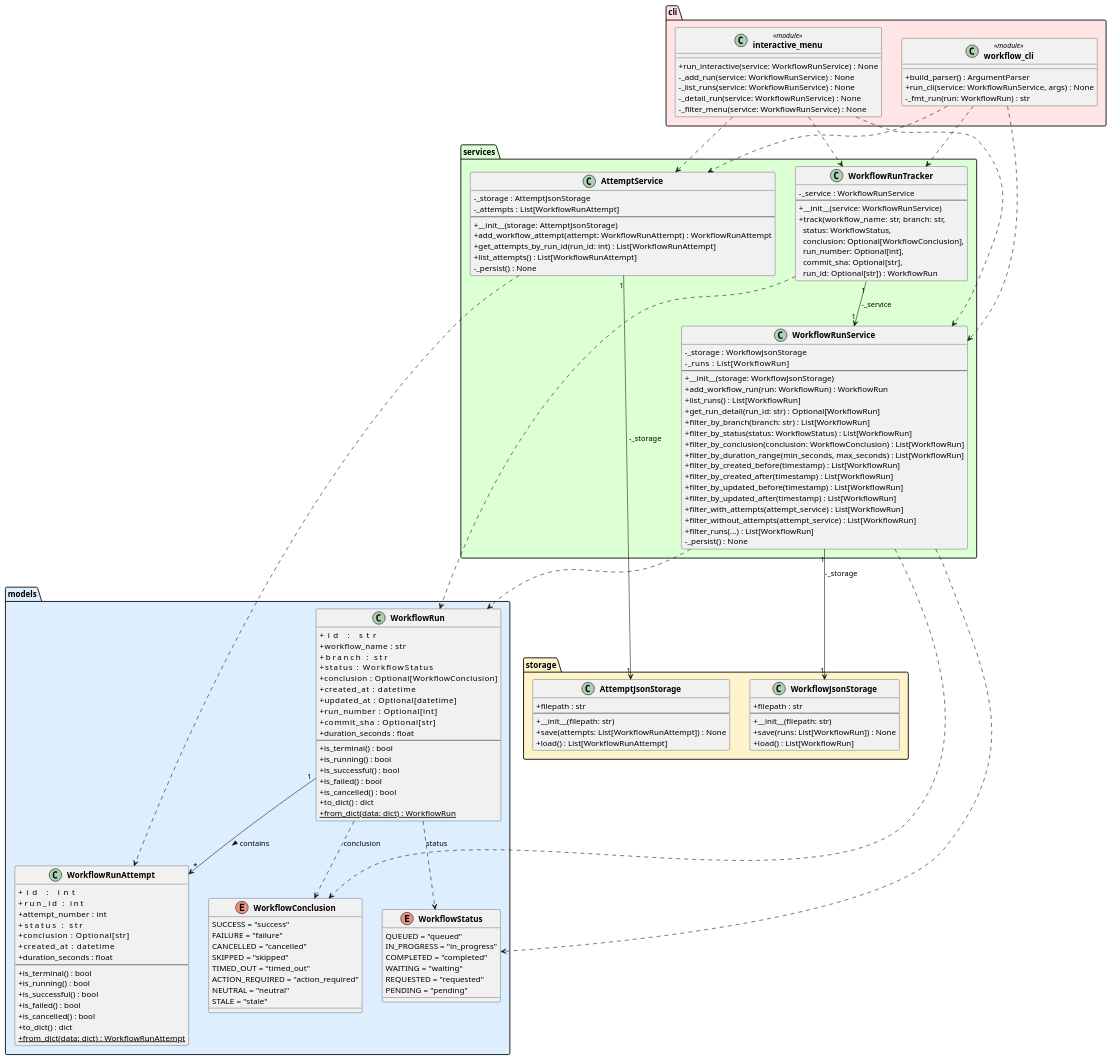
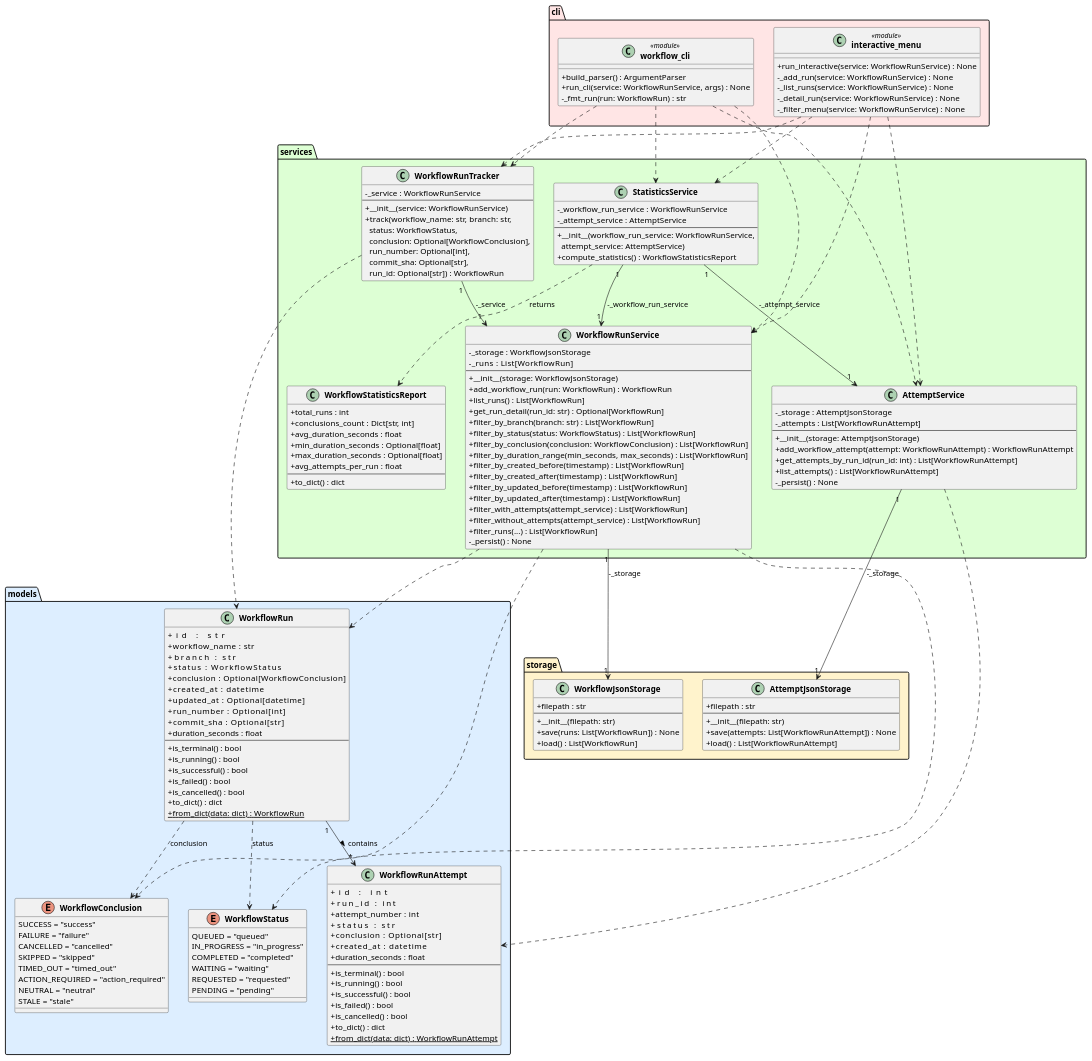
The diagram in experiments/broadcast/structured_text/github-workflow-manager/artifacts/class_diagram.puml (DanielRiha8906/Software_autoevolution_using_agents), drawn with PlantUML before and after one commit. The commit also changed 9 other files, not shown here.

```diff
--- a/experiments/broadcast/structured_text/github-workflow-manager/artifacts/class_diagram.puml
+++ b/experiments/broadcast/structured_text/github-workflow-manager/artifacts/class_diagram.puml
@@ -1,161 +1,185 @@
 @startuml class_diagram
 
 skinparam classAttributeIconSize 0
 skinparam classFontStyle bold
 
 package "models" #DDEEFF {
     enum WorkflowStatus {
         QUEUED = "queued"
         IN_PROGRESS = "in_progress"
         COMPLETED = "completed"
         WAITING = "waiting"
         REQUESTED = "requested"
         PENDING = "pending"
     }
 
     enum WorkflowConclusion {
         SUCCESS = "success"
         FAILURE = "failure"
         CANCELLED = "cancelled"
         SKIPPED = "skipped"
         TIMED_OUT = "timed_out"
         ACTION_REQUIRED = "action_required"
         NEUTRAL = "neutral"
         STALE = "stale"
     }
 
     class WorkflowRun {
         +id               : str
         +workflow_name    : str
         +branch           : str
         +status           : WorkflowStatus
         +conclusion       : Optional[WorkflowConclusion]
         +created_at       : datetime
         +updated_at       : Optional[datetime]
         +run_number       : Optional[int]
         +commit_sha       : Optional[str]
         +duration_seconds : float
         --
         +is_terminal() : bool
         +is_running() : bool
         +is_successful() : bool
         +is_failed() : bool
         +is_cancelled() : bool
         +to_dict() : dict
         +{static} from_dict(data: dict) : WorkflowRun
     }
 
     class WorkflowRunAttempt {
         +id               : int
         +run_id           : int
         +attempt_number   : int
         +status           : str
         +conclusion       : Optional[str]
         +created_at       : datetime
         +duration_seconds : float
         --
         +is_terminal() : bool
         +is_running() : bool
         +is_successful() : bool
         +is_failed() : bool
         +is_cancelled() : bool
         +to_dict() : dict
         +{static} from_dict(data: dict) : WorkflowRunAttempt
     }
 }
 
 package "storage" #FFF3CC {
     class WorkflowJsonStorage {
         +filepath : str
         --
         +__init__(filepath: str)
         +save(runs: List[WorkflowRun]) : None
         +load() : List[WorkflowRun]
     }
 
     class AttemptJsonStorage {
         +filepath : str
         --
         +__init__(filepath: str)
         +save(attempts: List[WorkflowRunAttempt]) : None
         +load() : List[WorkflowRunAttempt]
     }
 }
 
 package "services" #DDFFD4 {
     class WorkflowRunService {
         -_storage : WorkflowJsonStorage
         -_runs    : List[WorkflowRun]
         --
         +__init__(storage: WorkflowJsonStorage)
         +add_workflow_run(run: WorkflowRun) : WorkflowRun
         +list_runs() : List[WorkflowRun]
         +get_run_detail(run_id: str) : Optional[WorkflowRun]
         +filter_by_branch(branch: str) : List[WorkflowRun]
         +filter_by_status(status: WorkflowStatus) : List[WorkflowRun]
         +filter_by_conclusion(conclusion: WorkflowConclusion) : List[WorkflowRun]
         +filter_by_duration_range(min_seconds, max_seconds) : List[WorkflowRun]
         +filter_by_created_before(timestamp) : List[WorkflowRun]
         +filter_by_created_after(timestamp) : List[WorkflowRun]
         +filter_by_updated_before(timestamp) : List[WorkflowRun]
         +filter_by_updated_after(timestamp) : List[WorkflowRun]
         +filter_with_attempts(attempt_service) : List[WorkflowRun]
         +filter_without_attempts(attempt_service) : List[WorkflowRun]
         +filter_runs(...) : List[WorkflowRun]
         -_persist() : None
     }
 
     class WorkflowRunTracker {
         -_service : WorkflowRunService
         --
         +__init__(service: WorkflowRunService)
         +track(workflow_name: str, branch: str,\n  status: WorkflowStatus,\n  conclusion: Optional[WorkflowConclusion],\n  run_number: Optional[int],\n  commit_sha: Optional[str],\n  run_id: Optional[str]) : WorkflowRun
     }
 
     class AttemptService {
         -_storage : AttemptJsonStorage
         -_attempts : List[WorkflowRunAttempt]
         --
         +__init__(storage: AttemptJsonStorage)
         +add_workflow_attempt(attempt: WorkflowRunAttempt) : WorkflowRunAttempt
         +get_attempts_by_run_id(run_id: int) : List[WorkflowRunAttempt]
         +list_attempts() : List[WorkflowRunAttempt]
         -_persist() : None
     }
+
+    class WorkflowStatisticsReport {
+        +total_runs : int
+        +conclusions_count : Dict[str, int]
+        +avg_duration_seconds : float
+        +min_duration_seconds : Optional[float]
+        +max_duration_seconds : Optional[float]
+        +avg_attempts_per_run : float
+        --
+        +to_dict() : dict
+    }
+
+    class StatisticsService {
+        -_workflow_run_service : WorkflowRunService
+        -_attempt_service : AttemptService
+        --
+        +__init__(workflow_run_service: WorkflowRunService,\n  attempt_service: AttemptService)
+        +compute_statistics() : WorkflowStatisticsReport
+    }
 }
 
 package "cli" #FFE5E5 {
     class "workflow_cli" <<module>> {
         +build_parser() : ArgumentParser
         +run_cli(service: WorkflowRunService, args) : None
         -_fmt_run(run: WorkflowRun) : str
     }
 
     class "interactive_menu" <<module>> {
         +run_interactive(service: WorkflowRunService) : None
         -_add_run(service: WorkflowRunService) : None
         -_list_runs(service: WorkflowRunService) : None
         -_detail_run(service: WorkflowRunService) : None
         -_filter_menu(service: WorkflowRunService) : None
     }
 }
 
 WorkflowRun                "1" --> "*" WorkflowRunAttempt   : contains >
 WorkflowRun                ..>  WorkflowStatus        : status
 WorkflowRun                ..>  WorkflowConclusion    : conclusion
 WorkflowRunService    "1" --> "1" WorkflowJsonStorage : -_storage
 WorkflowRunService         ..>  WorkflowRun
 WorkflowRunService         ..>  WorkflowStatus
 WorkflowRunService         ..>  WorkflowConclusion
 WorkflowRunTracker    "1" --> "1" WorkflowRunService  : -_service
 WorkflowRunTracker         ..>  WorkflowRun
 AttemptService       "1" --> "1" AttemptJsonStorage   : -_storage
 AttemptService             ..>  WorkflowRunAttempt
+StatisticsService    "1" --> "1" WorkflowRunService  : -_workflow_run_service
+StatisticsService    "1" --> "1" AttemptService      : -_attempt_service
+StatisticsService          ..>  WorkflowStatisticsReport : returns
 "workflow_cli"             ..>  WorkflowRunService
 "workflow_cli"             ..>  WorkflowRunTracker
 "workflow_cli"             ..>  AttemptService
+"workflow_cli"             ..>  StatisticsService
 "interactive_menu"         ..>  WorkflowRunService
 "interactive_menu"         ..>  WorkflowRunTracker
 "interactive_menu"         ..>  AttemptService
+"interactive_menu"         ..>  StatisticsService
 
 @enduml
```
